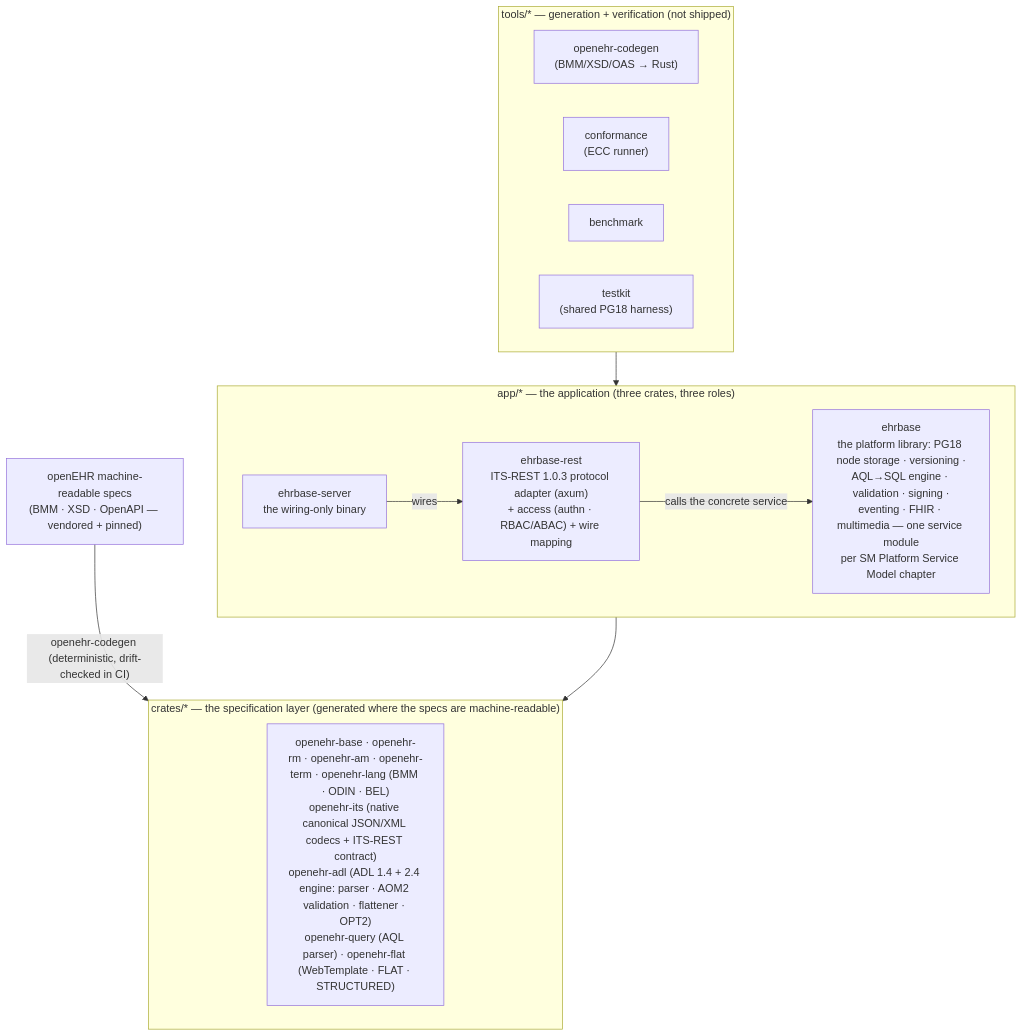
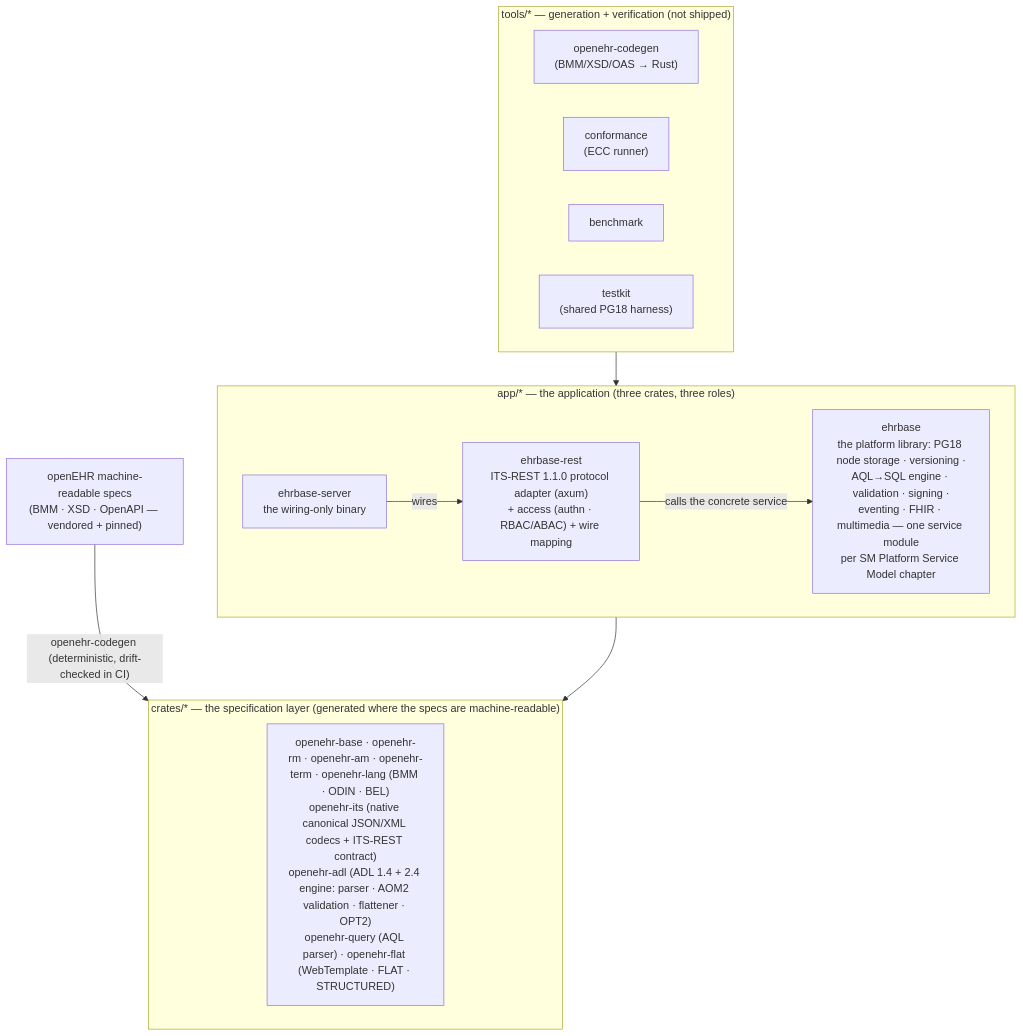
Before and after one commit to rubentalstra/FerroEHR: the diagram in README.md, drawn with Mermaid. The commit also changed other lines of this file and 118 other files, not shown here.

First line of the commit message:
feat: adopt ITS-REST Release-1.1.0 — the single supported REST API version

````diff
--- a/README.md
+++ b/README.md
@@ -214,27 +214,27 @@
 ```mermaid
 flowchart TB
     specs["openEHR machine-readable specs<br/>(BMM · XSD · OpenAPI — vendored + pinned)"]
 
     subgraph crates ["crates/* — the specification layer (generated where the specs are machine-readable)"]
         openehr["openehr-base · openehr-rm · openehr-am · openehr-term · openehr-lang (BMM · ODIN · BEL)<br/>openehr-its (native canonical JSON/XML codecs + ITS-REST contract)<br/>openehr-adl (ADL 1.4 + 2.4 engine: parser · AOM2 validation · flattener · OPT2)<br/>openehr-query (AQL parser) · openehr-flat (WebTemplate · FLAT · STRUCTURED)"]
     end
 
     subgraph app ["app/* — the application (three crates, three roles)"]
-        rest["ehrbase-rest<br/>ITS-REST 1.0.3 protocol adapter (axum)<br/>+ access (authn · RBAC/ABAC) + wire mapping"]
+        rest["ehrbase-rest<br/>ITS-REST 1.1.0 protocol adapter (axum)<br/>+ access (authn · RBAC/ABAC) + wire mapping"]
         core["ehrbase<br/>the platform library: PG18 node storage · versioning ·<br/>AQL→SQL engine · validation · signing ·<br/>eventing · FHIR · multimedia — one service module<br/>per SM Platform Service Model chapter"]
         bin["ehrbase-server<br/>the wiring-only binary"]
     end
 
     subgraph tools ["tools/* — generation + verification (not shipped)"]
         codegen["openehr-codegen<br/>(BMM/XSD/OAS → Rust)"]
         conf["conformance<br/>(ECC runner)"]
         bench["benchmark"]
         testkit["testkit<br/>(shared PG18 harness)"]
     end
 
     specs -- "openehr-codegen (deterministic, drift-checked in CI)" --> crates
     bin -- "wires" --> rest
     rest -- "calls the concrete service" --> core
     app --> crates
     tools --> app
 ```
````
